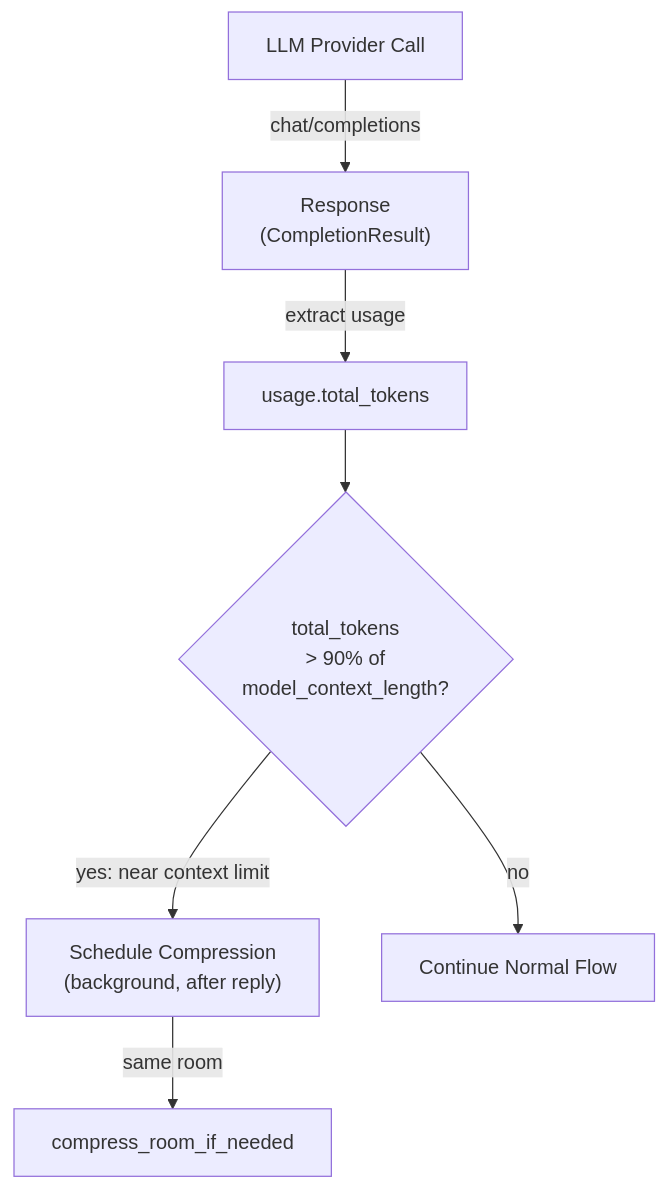
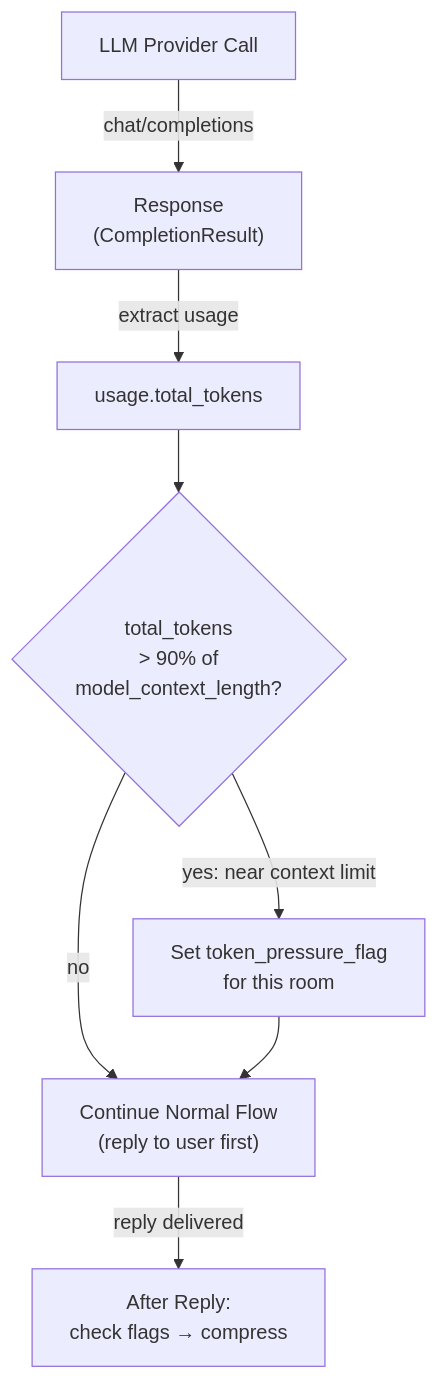
The third of 5 diagrams in _dfds/base/memory-compression.md (cosmoswafer/rockbot), drawn with Mermaid before and after one commit. The commit also changed other lines of this file and 5 other files, not shown here.

First line of the commit message:
Ensure all compression triggers are post-reply, flag-based, no user delay

````diff
--- a/_dfds/base/memory-compression.md
+++ b/_dfds/base/memory-compression.md
@@ -117,16 +123,18 @@
 ```mermaid
 flowchart TD
     LLM_CALL[LLM Provider Call]
     RESP["Response<br/>(CompletionResult)"]
     USAGE["usage.total_tokens"]
     CHECK{"total_tokens<br/>> 90% of<br/>model_context_length?"}
-    SCHEDULE["Schedule Compression<br/>(background, after reply)"]
-    CONTINUE[Continue Normal Flow]
+    SET_FLAG["Set token_pressure_flag<br/>for this room"]
+    CONTINUE["Continue Normal Flow<br/>(reply to user first)"]
 
     LLM_CALL -->|"chat/completions"| RESP
     RESP -->|"extract usage"| USAGE
     USAGE --> CHECK
-    CHECK -->|"yes: near context limit"| SCHEDULE
+    CHECK -->|"yes: near context limit"| SET_FLAG
     CHECK -->|"no"| CONTINUE
-    SCHEDULE -->|"same room"| COMPRESS[compress_room_if_needed]
+    SET_FLAG --> CONTINUE
+
+    CONTINUE -->|"reply delivered"| POST[After Reply:<br/>check flags → compress]
 ```
````
